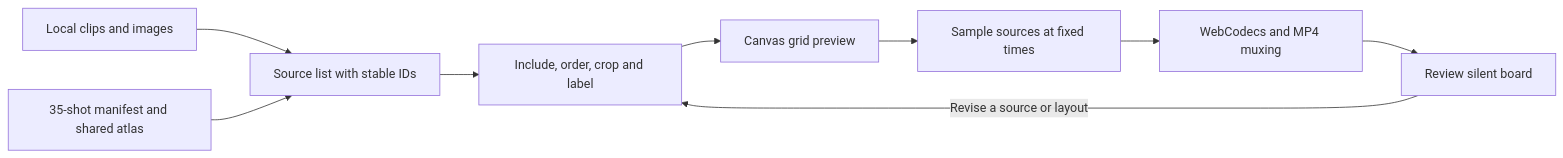
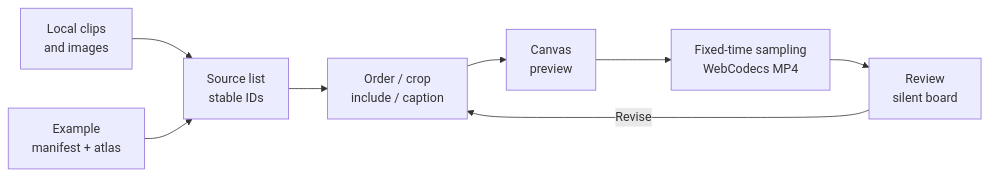
One commit to MuwenTriLi/creative-workflows changed the diagram in projects/04-animated-storyboard/README.md. Above: the diagram before and after it, drawn with Mermaid. The commit also changed 4 other files, not shown here.

Commit message:
Make workflow diagrams readable at the default GitHub width

````diff
--- a/projects/04-animated-storyboard/README.md
+++ b/projects/04-animated-storyboard/README.md
@@ -24,11 +24,10 @@
 ```mermaid
 flowchart LR
-    A[Local clips and images] --> C[Source list with stable IDs]
-    B[35-shot manifest and shared atlas] --> C
-    C --> D[Include, order, crop and label]
-    D --> E[Canvas grid preview]
-    E --> F[Sample sources at fixed times]
-    F --> G[WebCodecs and MP4 muxing]
-    G --> H[Review silent board]
-    H -->|Revise a source or layout| D
+    A["Local clips<br/>and images"] --> C["Source list<br/>stable IDs"]
+    B["Example<br/>manifest + atlas"] --> C
+    C --> D["Order / crop<br/>include / caption"]
+    D --> E["Canvas<br/>preview"]
+    E --> F["Fixed-time sampling<br/>WebCodecs MP4"]
+    F --> G["Review<br/>silent board"]
+    G -->|Revise| D
 ```
````
